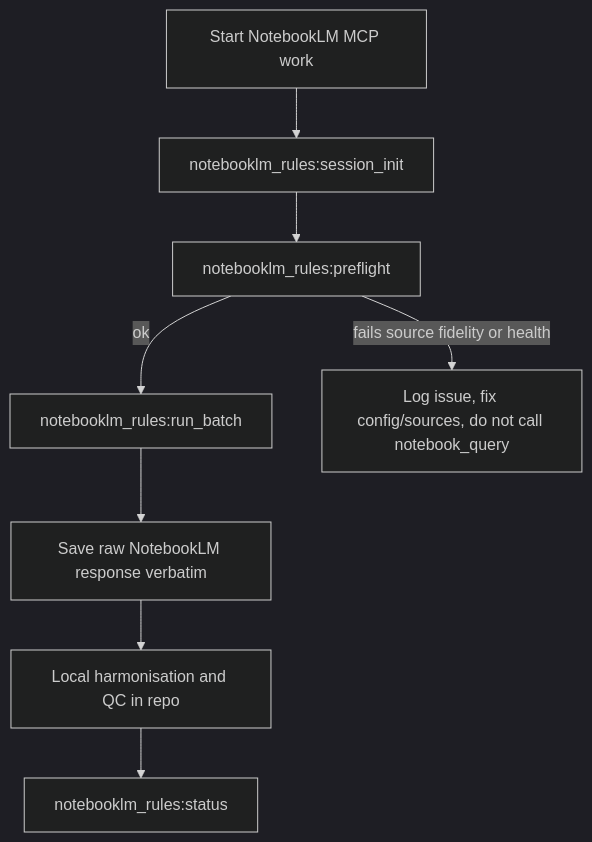
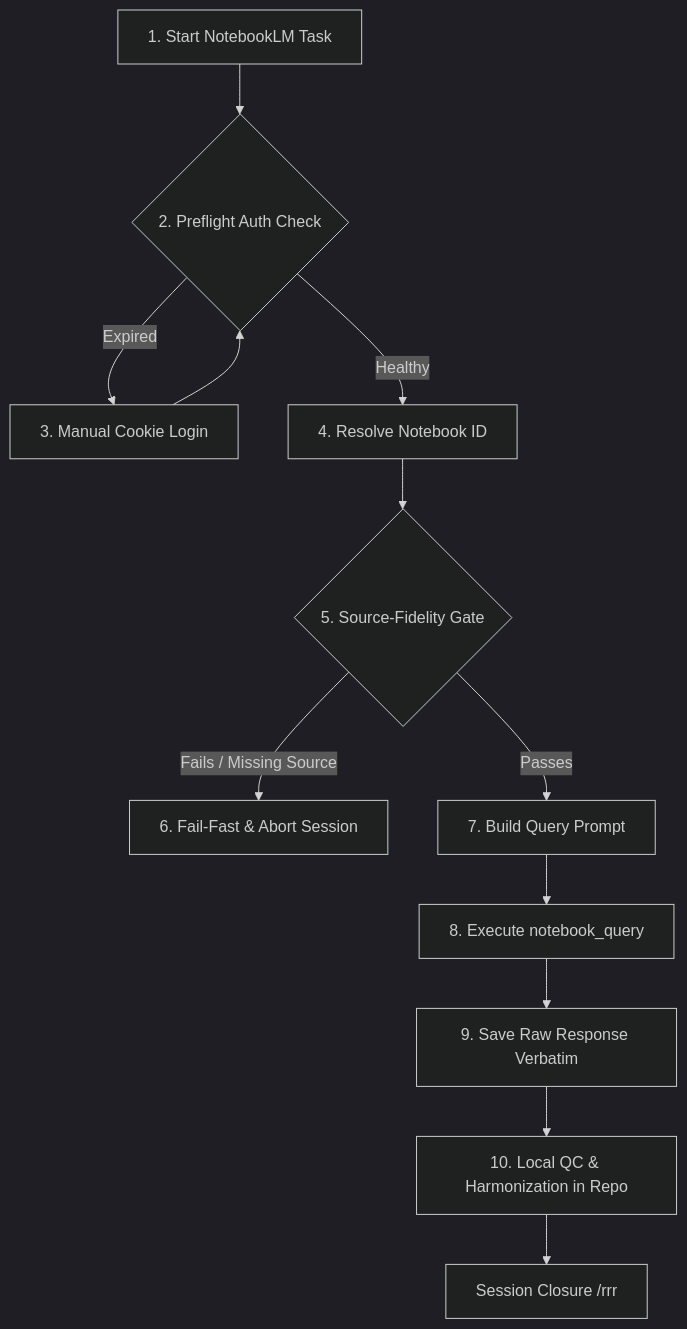
Before and after one commit to Bossax/arun-creagy: the diagram in .roo/skills/notebooklm-rules/SKILL.md, drawn with Mermaid (dark theme). The commit also changed other lines of this file and 10 other files, not shown here.

Commit message:
upgrade notebooklm-rules to be more solid

````diff
--- a/.roo/skills/notebooklm-rules/SKILL.md
+++ b/.roo/skills/notebooklm-rules/SKILL.md
@@ -202,10 +41,14 @@
 ```mermaid
 flowchart TD
-  Start[Start NotebookLM MCP work] --> Init[notebooklm_rules:session_init]
-  Init --> Preflight[notebooklm_rules:preflight]
-  Preflight -->|ok| Run[notebooklm_rules:run_batch]
-  Preflight -->|fails source fidelity or health| Abort[Log issue, fix config/sources, do not call notebook_query]
-  Run --> Save[Save raw NotebookLM response verbatim]
-  Save --> Local[Local harmonisation and QC in repo]
-  Local --> Status[notebooklm_rules:status]
+  Start[1. Start NotebookLM Task] --> AuthCheck{2. Preflight Auth Check}
+  AuthCheck -->|Expired| ManualLogin[3. Manual Cookie Login]
+  ManualLogin --> AuthCheck
+  AuthCheck -->|Healthy| ResolveNotebook[4. Resolve Notebook ID]
+  ResolveNotebook --> SourceGate{5. Source-Fidelity Gate}
+  SourceGate -->|Fails / Missing Source| Abort[6. Fail-Fast & Abort Session]
+  SourceGate -->|Passes| BuildPrompt[7. Build Query Prompt]
+  BuildPrompt --> Query[8. Execute notebook_query]
+  Query --> SaveVerbatim[9. Save Raw Response Verbatim]
+  SaveVerbatim --> LocalHarmonize[10. Local QC & Harmonization in Repo]
+  LocalHarmonize --> End[Session Closure /rrr]
 ```
````
